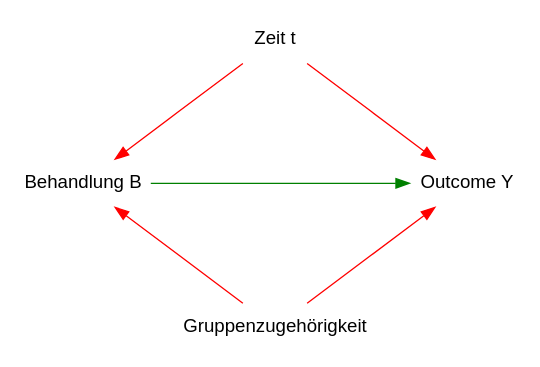
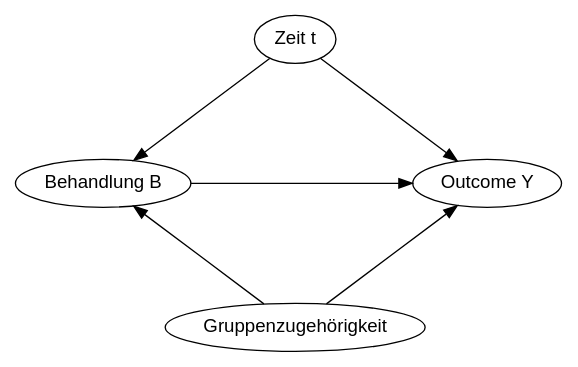
One commit to mca91/kasa_book changed the diagram in DiD.qmd. Above: the diagram before and after it, drawn with Graphviz. The commit also changed other lines of this file and 6 other files, not shown here.

````diff
--- a/DiD.qmd
+++ b/DiD.qmd
@@ -118,23 +134,22 @@
 ```{dot}
-//| fig-width: 5
-//| fig-height: 3
+//| fig-width: 6
+//| fig-height: 4
 //| fig-align: 'center'
 //| fig-cap: "Kausales Diagramm für DID"
 //| label: "fig-CDDID" 
 digraph "Causal Diagramm RDD" {
   layout=neato
   fontname="Helvetica,Arial,sans-serif"
-  node [fontname="Helvetica,Arial,sans-serif"]
+  node [fontname="Helvetica,Arial,sans-serif", shape=ellipse]
   edge [fontname="Helvetica,Arial,sans-serif"]
-  node [shape=none];
   "Behandlung B" [pos="0,0!"]
   "Outcome Y" [pos="4,0!"]
   "Gruppenzugehörigkeit" [pos="2,-1.5!"]
   "Zeit t" [pos="2,1.5!"]
-  "Behandlung B" -> "Outcome Y" [color="green"]
-  "Zeit t" -> "Outcome Y" [color="red"]
-  "Zeit t" -> "Behandlung B" [color="red"]
-  "Gruppenzugehörigkeit" -> "Outcome Y" [color="red"]
-  "Gruppenzugehörigkeit" -> "Behandlung B" [color="red"]
+  "Behandlung B" -> "Outcome Y"
+  "Zeit t" -> "Outcome Y"
+  "Zeit t" -> "Behandlung B"
+  "Gruppenzugehörigkeit" -> "Outcome Y"
+  "Gruppenzugehörigkeit" -> "Behandlung B"
 }
 ```
````
